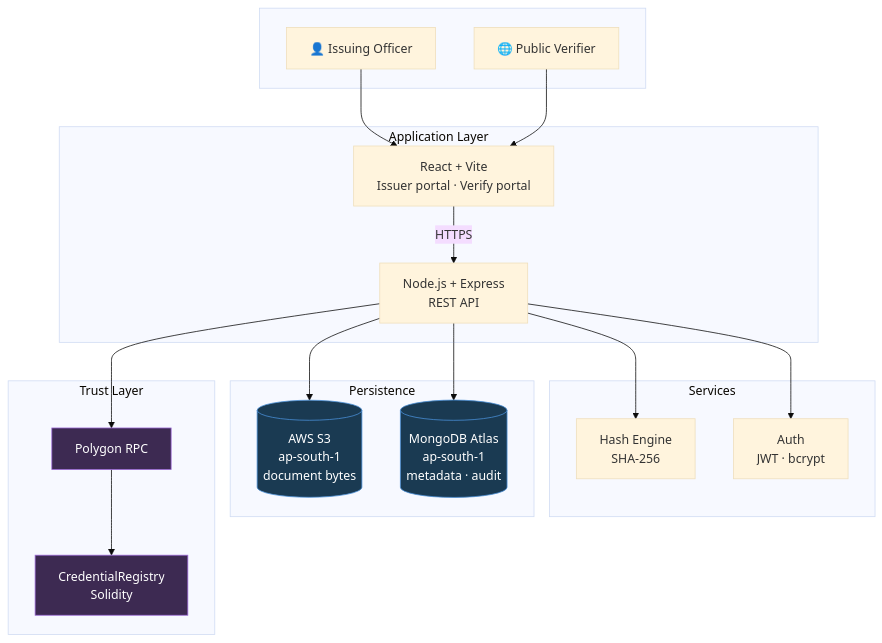
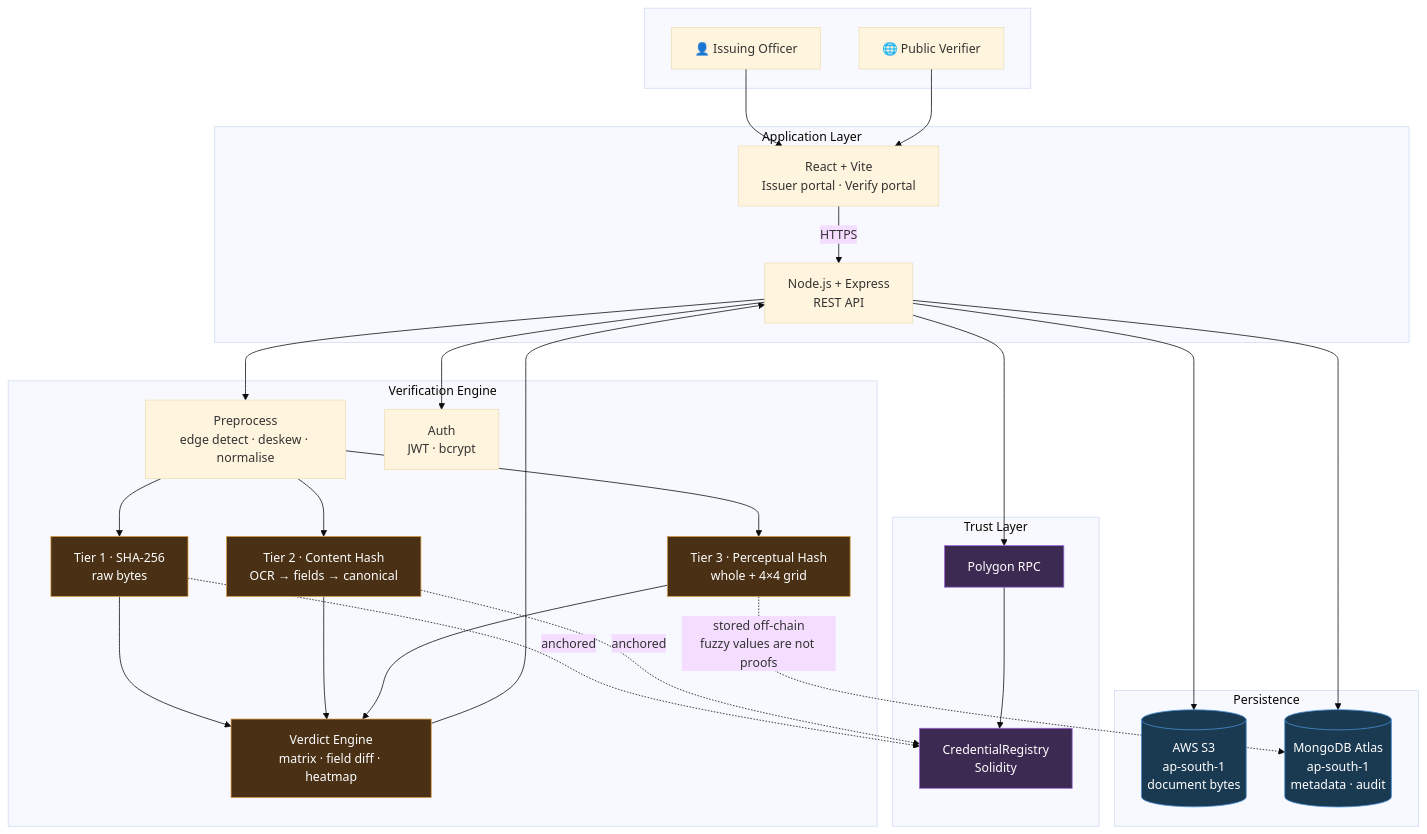
The first of 4 diagrams in README.md (jpsiddharth2008/MindForge-Tatva-Finals), drawn with Mermaid (base theme) before and after one commit. The commit also changed other lines of this file and 1 other file, not shown here.

First line of the commit message:
docs: three-tier hashing and tamper-detection model

````diff
--- a/README.md
+++ b/README.md
@@ -69,42 +129,55 @@
 ```mermaid
 flowchart TB
     subgraph clients [" "]
         OFF["👤 Issuing Officer"]
         PUB["🌐 Public Verifier"]
     end
 
     subgraph app ["Application Layer"]
         FE["React + Vite<br/>Issuer portal · Verify portal"]
         API["Node.js + Express<br/>REST API"]
     end
 
-    subgraph svc ["Services"]
-        HASH["Hash Engine<br/>SHA-256"]
+    subgraph svc ["Verification Engine"]
+        PRE["Preprocess<br/>edge detect · deskew · normalise"]
+        T1["Tier 1 · SHA-256<br/>raw bytes"]
+        T2["Tier 2 · Content Hash<br/>OCR → fields → canonical"]
+        T3["Tier 3 · Perceptual Hash<br/>whole + 4×4 grid"]
+        VERD["Verdict Engine<br/>matrix · field diff · heatmap"]
         AUTH["Auth<br/>JWT · bcrypt"]
     end
 
     subgraph data ["Persistence"]
         S3[("AWS S3<br/>ap-south-1<br/>document bytes")]
         DB[("MongoDB Atlas<br/>ap-south-1<br/>metadata · audit")]
     end
 
     subgraph chain ["Trust Layer"]
         RPC["Polygon RPC"]
         SC["CredentialRegistry<br/>Solidity"]
     end
 
     OFF --> FE
     PUB --> FE
     FE -->|HTTPS| API
     API --> AUTH
-    API --> HASH
+    API --> PRE
+    PRE --> T1 & T2 & T3
+    T1 & T2 & T3 --> VERD
+    VERD --> API
     API --> S3
     API --> DB
     API --> RPC
     RPC --> SC
 
+    T1 -.->|anchored| SC
+    T2 -.->|anchored| SC
+    T3 -.->|stored off-chain<br/>fuzzy values are not proofs| DB
+
     classDef store fill:#1a3a52,stroke:#4a90d9,color:#fff
     classDef trust fill:#3d2a52,stroke:#9d6ad9,color:#fff
+    classDef tier fill:#4a3015,stroke:#d9a04a,color:#fff
     class S3,DB store
     class RPC,SC trust
+    class T1,T2,T3,VERD tier
 ```
````
